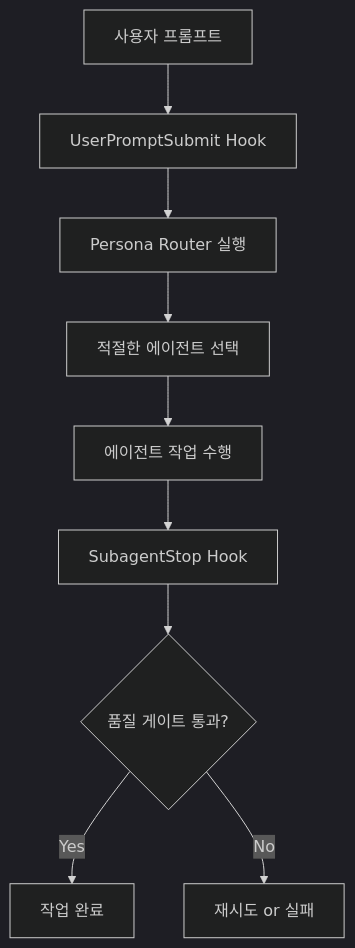
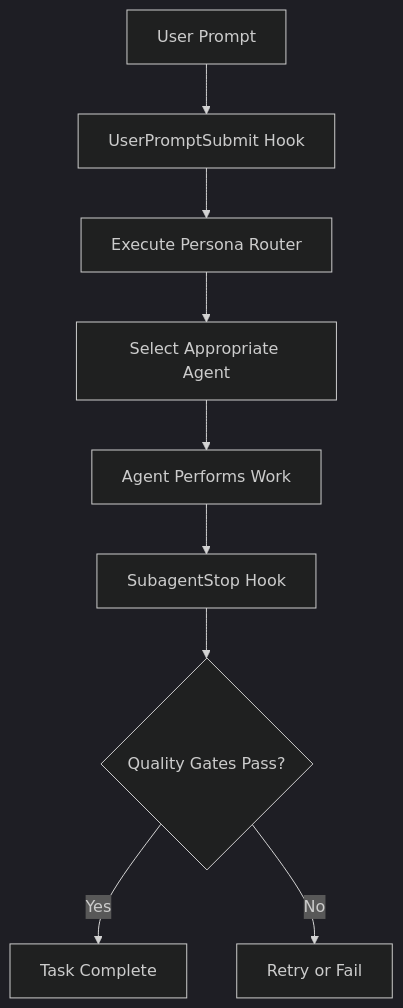
The diagram in docs/SPARK_HOOK_GUIDE.md (Jaesun23/spark-claude), drawn with Mermaid (dark theme) before and after one commit. The commit also changed other lines of this file and 9 other files, not shown here.

````diff
--- a/docs/SPARK_HOOK_GUIDE.md
+++ b/docs/SPARK_HOOK_GUIDE.md
@@ -239,11 +239,11 @@
 ```mermaid
 graph TD
-    A[사용자 프롬프트] --> B[UserPromptSubmit Hook]
-    B --> C[Persona Router 실행]
-    C --> D[적절한 에이전트 선택]
-    D --> E[에이전트 작업 수행]
+    A[User Prompt] --> B[UserPromptSubmit Hook]
+    B --> C[Execute Persona Router]
+    C --> D[Select Appropriate Agent]
+    D --> E[Agent Performs Work]
     E --> F[SubagentStop Hook]
-    F --> G{품질 게이트 통과?}
-    G -->|Yes| H[작업 완료]
-    G -->|No| I[재시도 or 실패]
+    F --> G{Quality Gates Pass?}
+    G -->|Yes| H[Task Complete]
+    G -->|No| I[Retry or Fail]
 ```
````
